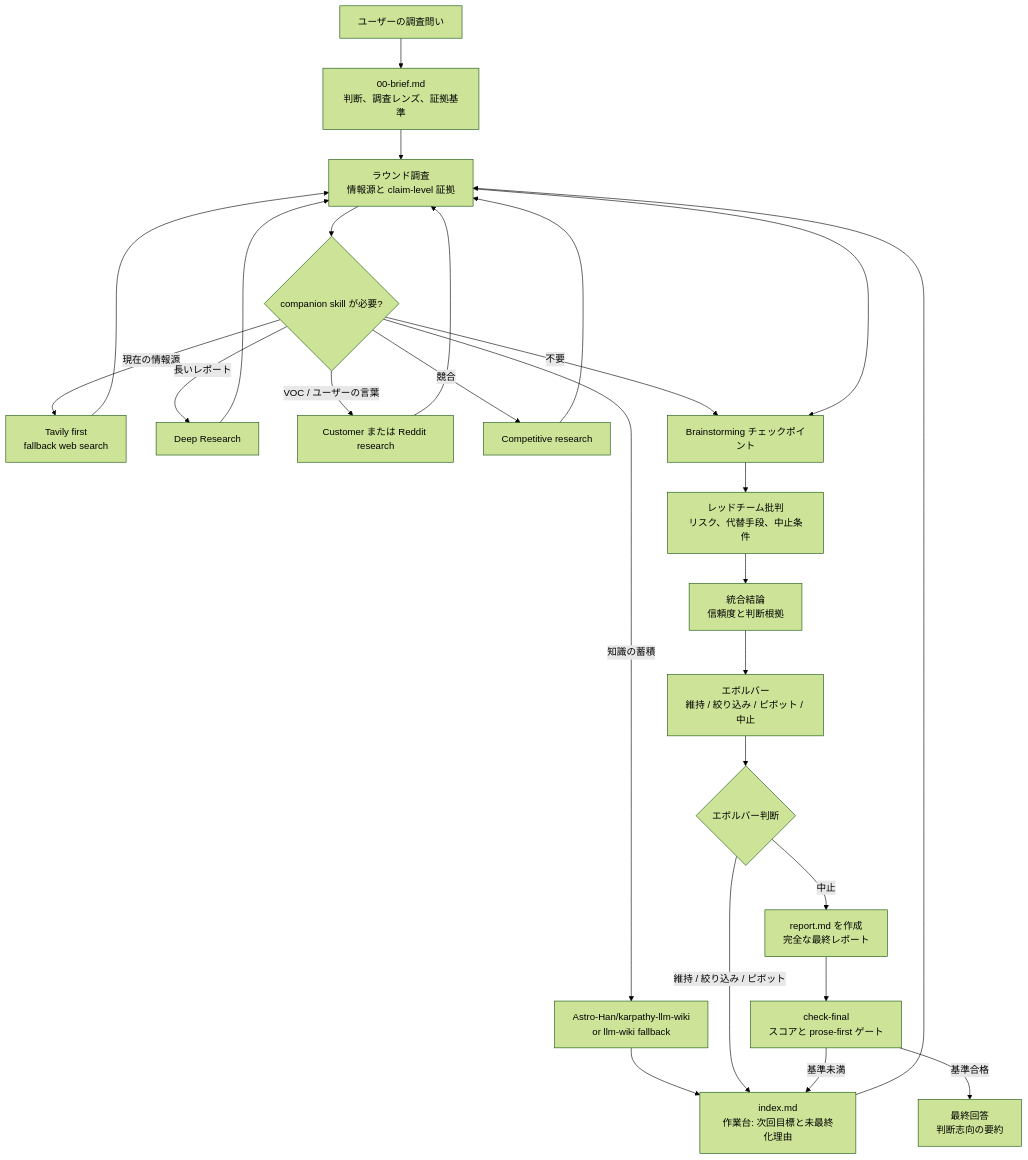
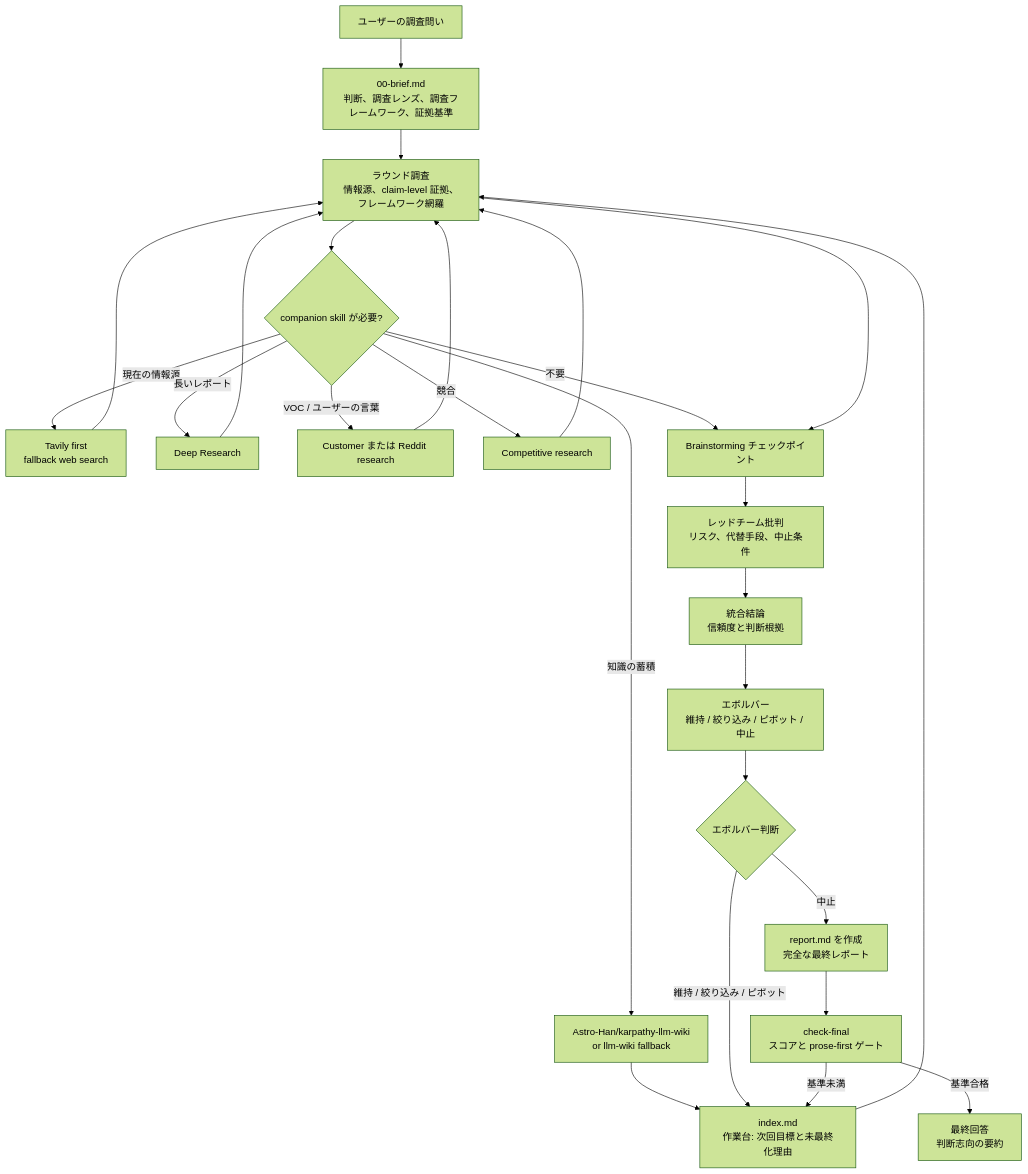
One commit to GoatGit/super-survey changed the diagram in README.ja.md. Above: the diagram before and after it, drawn with Mermaid (forest theme). The commit also changed other lines of this file and 7 other files, not shown here.

````diff
--- a/README.ja.md
+++ b/README.ja.md
@@ -161,28 +181,28 @@
 ```mermaid
 flowchart TD
-    A[ユーザーの調査問い] --> B[00-brief.md<br/>判断、調査レンズ、証拠基準]
-    B --> C[ラウンド調査<br/>情報源と claim-level 証拠]
+    A[ユーザーの調査問い] --> B[00-brief.md<br/>判断、調査レンズ、調査フレームワーク、証拠基準]
+    B --> C[ラウンド調査<br/>情報源、claim-level 証拠、フレームワーク網羅]
     C --> D{companion skill が必要?}
     D -->|現在の情報源| D1[Tavily first<br/>fallback web search]
     D -->|長いレポート| D2[Deep Research]
     D -->|VOC / ユーザーの言葉| D3[Customer または Reddit research]
     D -->|競合| D4[Competitive research]
     D -->|知識の蓄積| D5[Astro-Han/karpathy-llm-wiki<br/>or llm-wiki fallback]
     D -->|不要| E[Brainstorming チェックポイント]
     D1 --> C
     D2 --> C
     D3 --> C
     D4 --> C
     D5 --> I[index.md]
     C --> E[Brainstorming チェックポイント]
     E --> F[レッドチーム批判<br/>リスク、代替手段、中止条件]
     F --> G[統合結論<br/>信頼度と判断根拠]
     G --> H[エボルバー<br/>維持 / 絞り込み / ピボット / 中止]
     H --> Q{エボルバー判断}
     Q -->|維持 / 絞り込み / ピボット| I[index.md<br/>作業台: 次回目標と未最終化理由]
     I --> C
     Q -->|中止| J[report.md を作成<br/>完全な最終レポート]
     J --> R[check-final<br/>スコアと prose-first ゲート]
     R -->|基準未満| I
     R -->|基準合格| K[最終回答<br/>判断志向の要約]
 ```
````
